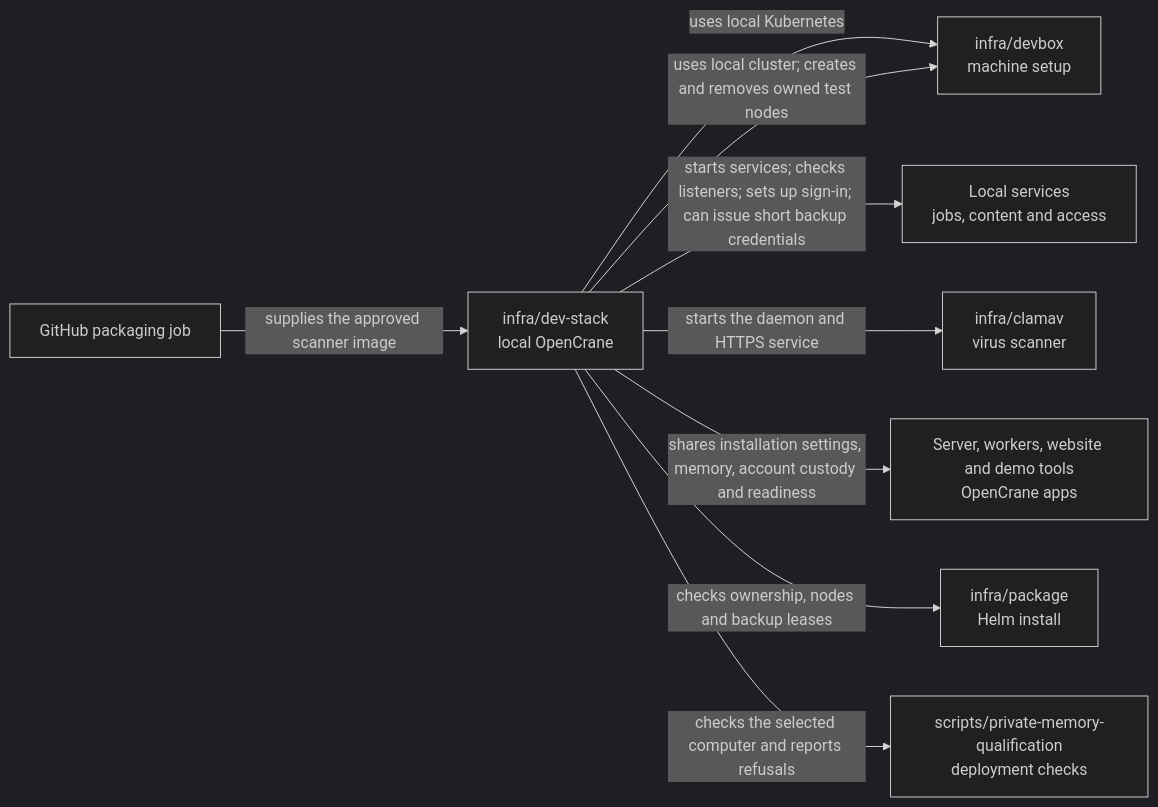
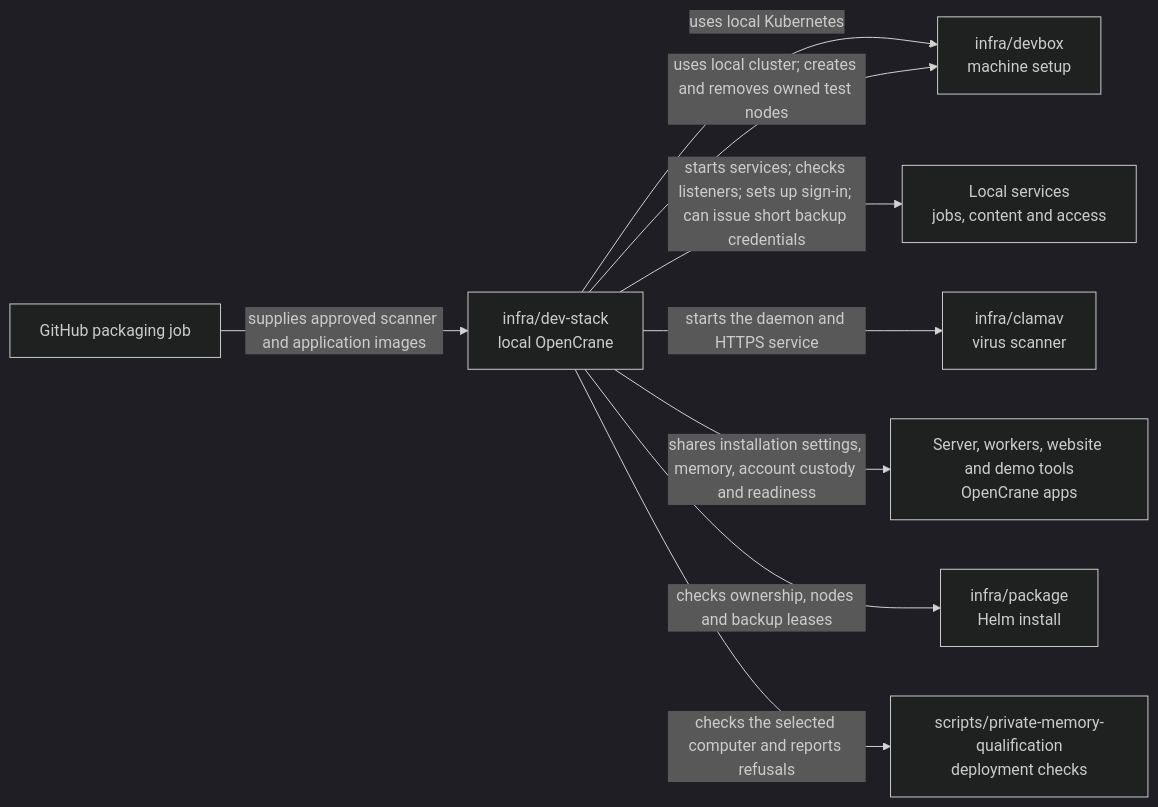
One commit to elewa-git/opencrane-new changed the diagram in infra/dev-stack/README.md. Above: the diagram before and after it, drawn with Mermaid (dark theme). The commit also changed other lines of this file and 95 other files, not shown here.

````diff
--- a/infra/dev-stack/README.md
+++ b/infra/dev-stack/README.md
@@ -16,11 +16,11 @@
 ```mermaid
 flowchart LR
-  packaging["GitHub packaging job"] -->|supplies the approved scanner image| stack["infra/dev-stack<br/>local OpenCrane"]
+  packaging["GitHub packaging job"] -->|supplies approved scanner and application images| stack["infra/dev-stack<br/>local OpenCrane"]
   stack -->|uses local Kubernetes| devbox["infra/devbox<br/>machine setup"]
   stack -->|starts services; checks listeners; sets up sign-in; can issue short backup credentials| services["Local services<br/>jobs, content and access"]
   stack -->|starts the daemon and HTTPS service| clamav["infra/clamav<br/>virus scanner"]
   stack -->|shares installation settings, memory, account custody and readiness| apps["Server, workers, website and demo tools<br/>OpenCrane apps"]
   stack -->|checks ownership, nodes and backup leases| package["infra/package<br/>Helm install"]
   stack -->|checks the selected computer and reports refusals| collector["scripts/private-memory-qualification<br/>deployment checks"]
   stack -->|uses local cluster; creates and removes owned test nodes| devbox
 ```
````
